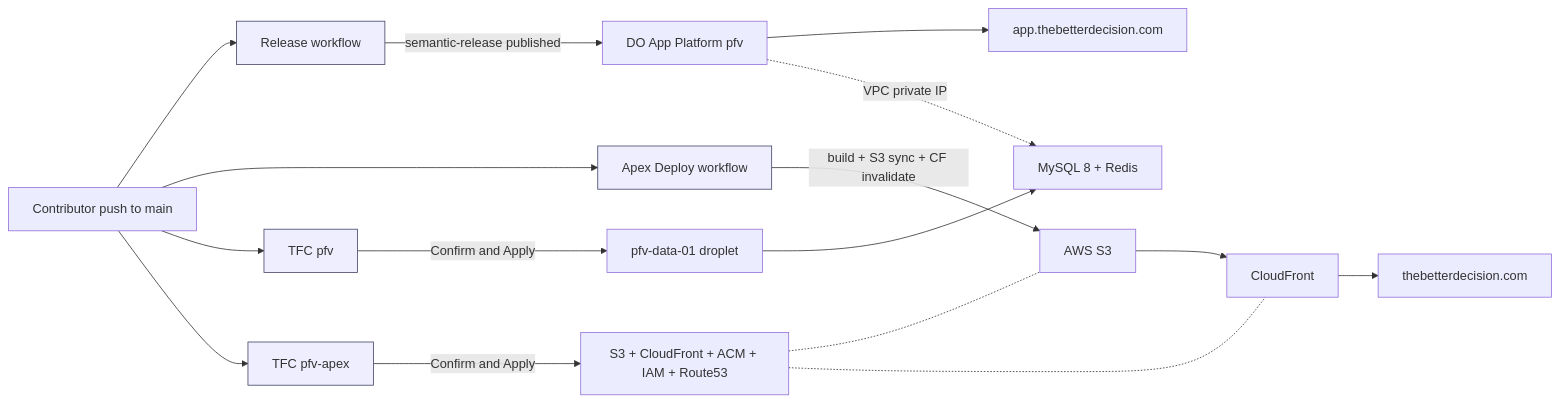
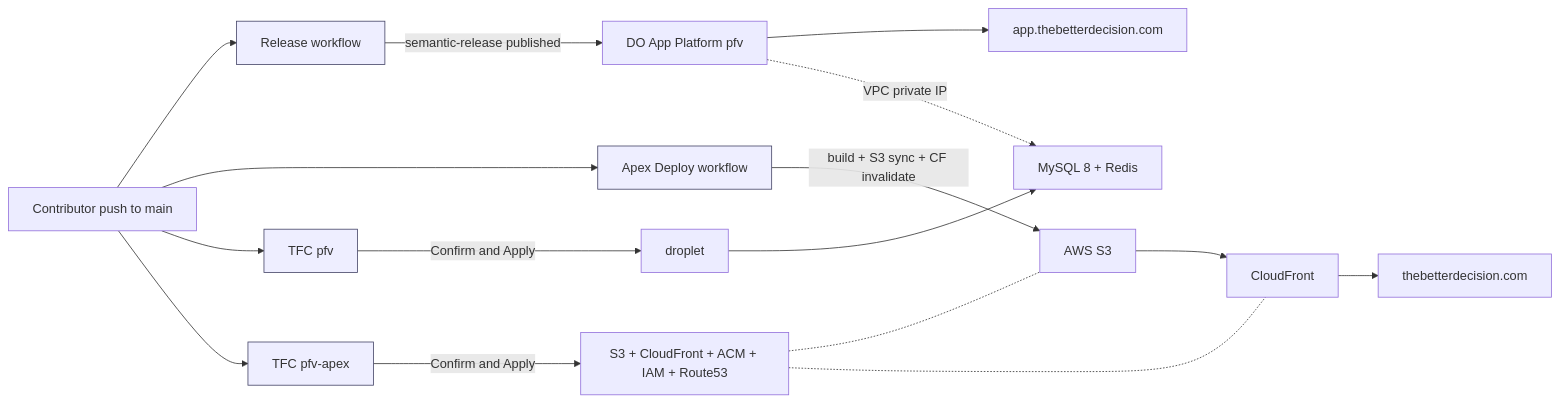
The first of 8 diagrams in DEPLOYMENT.md (fjcloudaiconsulting/tbd), drawn with Mermaid before and after one commit. The commit also changed other lines of this file and 7 other files, not shown here.

````diff
--- a/DEPLOYMENT.md
+++ b/DEPLOYMENT.md
@@ -20,25 +20,25 @@
 ```mermaid
 flowchart LR
   dev[Contributor push to main] --> rel[Release workflow]
   dev --> apex[Apex Deploy workflow]
   dev --> tfc1[TFC pfv]
   dev --> tfc2[TFC pfv-apex]
 
   rel -->|semantic-release published| do[DO App Platform pfv]
   do --> appurl[app.thebetterdecision.com]
 
   apex -->|build + S3 sync + CF invalidate| s3[AWS S3]
   s3 --> cf[CloudFront]
   cf --> apexurl[thebetterdecision.com]
 
-  tfc1 -->|Confirm and Apply| droplet[pfv-data-01 droplet]
+  tfc1 -->|Confirm and Apply| droplet[<data-droplet> droplet]
   droplet --> db[MySQL 8 + Redis]
   do -.->|VPC private IP| db
 
   tfc2 -->|Confirm and Apply| awsctl[S3 + CloudFront + ACM + IAM + Route53]
   awsctl -.- s3
   awsctl -.- cf
 
   classDef pipe fill:#eef,stroke:#446
   class rel,apex,tfc1,tfc2 pipe
 ```
````
